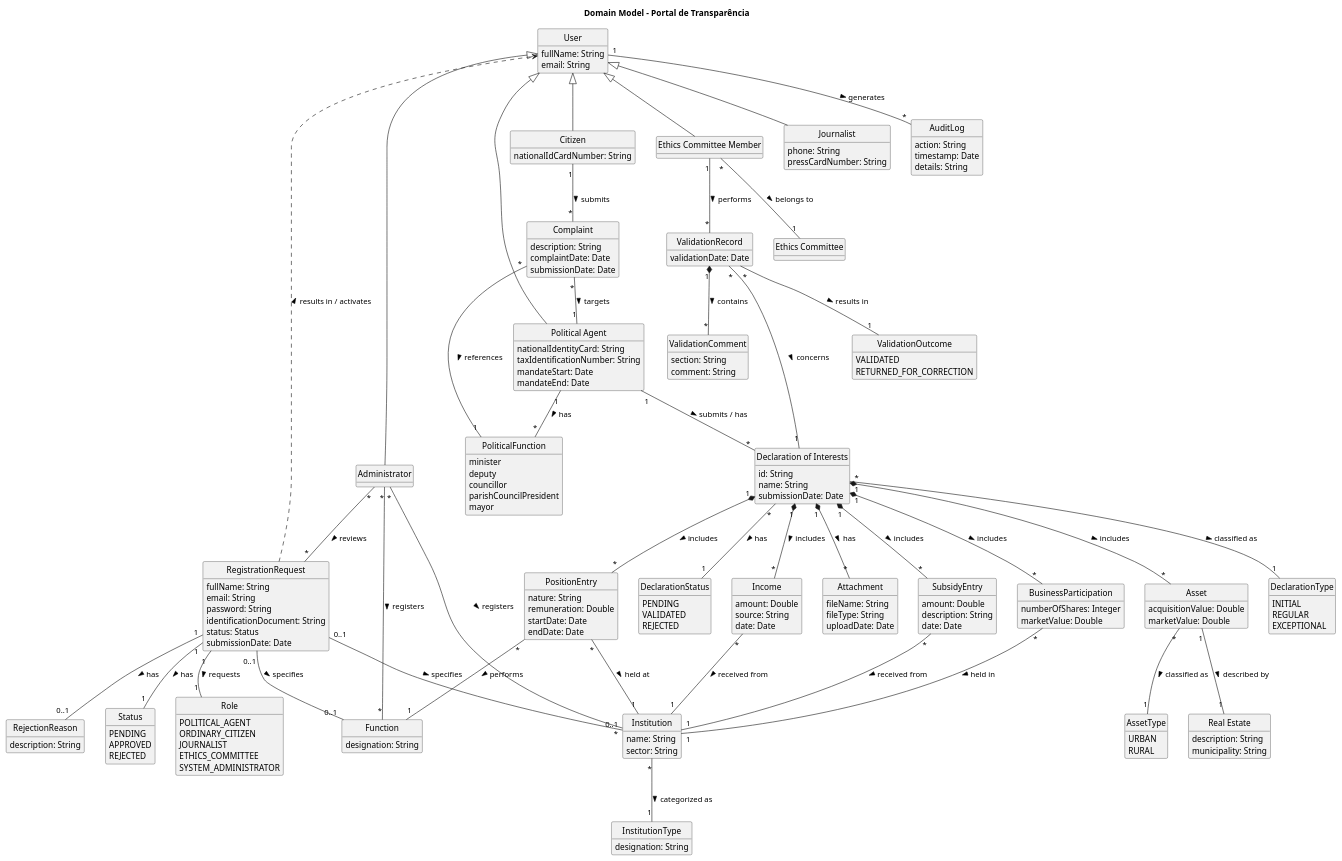
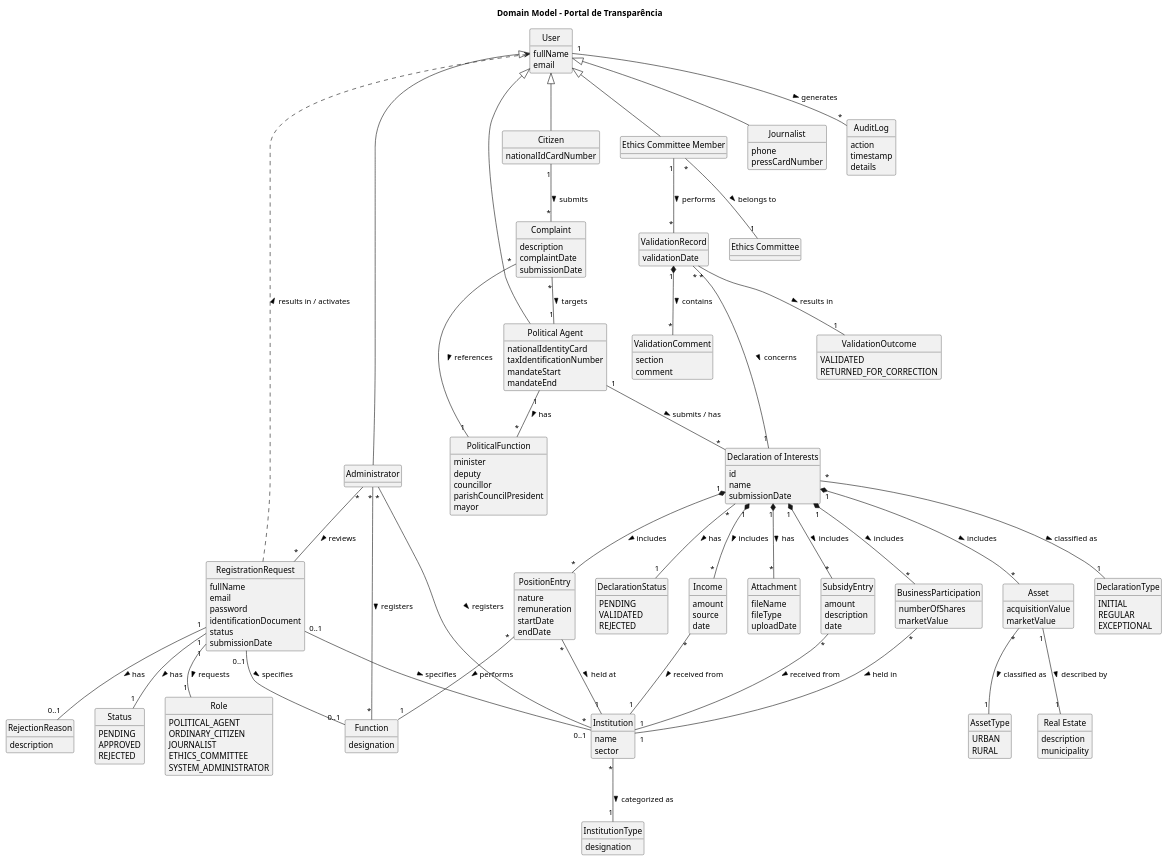
The diagram in docs/system-documentation/global-artifacts/02.analysis/puml/DM.puml (brunodspinto/crystal-clear-platform), drawn with PlantUML before and after one commit. The commit also changed 26 other files, not shown here.

```diff
--- a/docs/system-documentation/global-artifacts/02.analysis/puml/DM.puml
+++ b/docs/system-documentation/global-artifacts/02.analysis/puml/DM.puml
@@ -10,21 +10,21 @@
 title Domain Model - Portal de Transparência
 
 class User {
-    fullName: String
-    email: String
+    fullName
+    email
 }
 
 class RegistrationRequest {
-    fullName: String
-    email: String
-    password: String
-    identificationDocument: String
-    status: Status
-    submissionDate: Date
+    fullName
+    email
+    password
+    identificationDocument
+    status
+    submissionDate
 }
 
 class RejectionReason {
-    description: String
+    description
 }
 
 enum Status {
@@ -45,12 +45,12 @@
 }
 
 class Citizen {
-    nationalIdCardNumber: String
+    nationalIdCardNumber
 }
 
 class Journalist {
-    phone: String
-    pressCardNumber: String
+    phone
+    pressCardNumber
 }
 
 class "Ethics Committee Member" as EthicsCommitteeMember {
@@ -60,10 +60,10 @@
 }
 
 class "Political Agent" as PoliticalAgent {
-    nationalIdentityCard: String
-    taxIdentificationNumber: String
-    mandateStart: Date
-    mandateEnd: Date
+    nationalIdentityCard
+    taxIdentificationNumber
+    mandateStart
+    mandateEnd
 }
 
 enum PoliticalFunction {
@@ -75,22 +75,22 @@
 }
 
 class Function {
-    designation: String
+    designation
 }
 
 class Institution {
-    name: String
-    sector: String
+    name
+    sector
 }
 
 class InstitutionType {
-    designation: String
+    designation
 }
 
 class "Declaration of Interests" as Declaration {
-    id: String
-    name: String
-    submissionDate: Date
+    id
+    name
+    submissionDate
 }
 
 enum DeclarationType {
@@ -106,27 +106,27 @@
 }
 
 class PositionEntry {
-    nature: String
-    remuneration: Double
-    startDate: Date
-    endDate: Date
+    nature
+    remuneration
+    startDate
+    endDate
 }
 
 class Income {
-    amount: Double
-    source: String
-    date: Date
+    amount
+    source
+    date
 }
 
 class SubsidyEntry {
-    amount: Double
-    description: String
-    date: Date
+    amount
+    description
+    date
 }
 
 class Asset {
-    acquisitionValue: Double
-    marketValue: Double
+    acquisitionValue
+    marketValue
 }
 
 enum AssetType {
@@ -135,23 +135,23 @@
 }
 
 class "Real Estate" as RealEstate {
-    description: String
-    municipality: String
+    description
+    municipality
 }
 
 class BusinessParticipation {
-    numberOfShares: Integer
-    marketValue: Double
+    numberOfShares
+    marketValue
 }
 
 class AuditLog {
-    action: String
-    timestamp: Date
-    details: String
+    action
+    timestamp
+    details
 }
 
 class ValidationRecord {
-    validationDate: Date
+    validationDate
 }
 
 enum ValidationOutcome {
@@ -160,20 +160,20 @@
 }
 
 class ValidationComment {
-    section: String
-    comment: String
+    section
+    comment
 }
 
 class Complaint {
-    description: String
-    complaintDate: Date
-    submissionDate: Date
+    description
+    complaintDate
+    submissionDate
 }
 
 class Attachment {
-    fileName: String
-    fileType: String
-    uploadDate: Date
+    fileName
+    fileType
+    uploadDate
 }
 
 User <|-- Administrator
```
